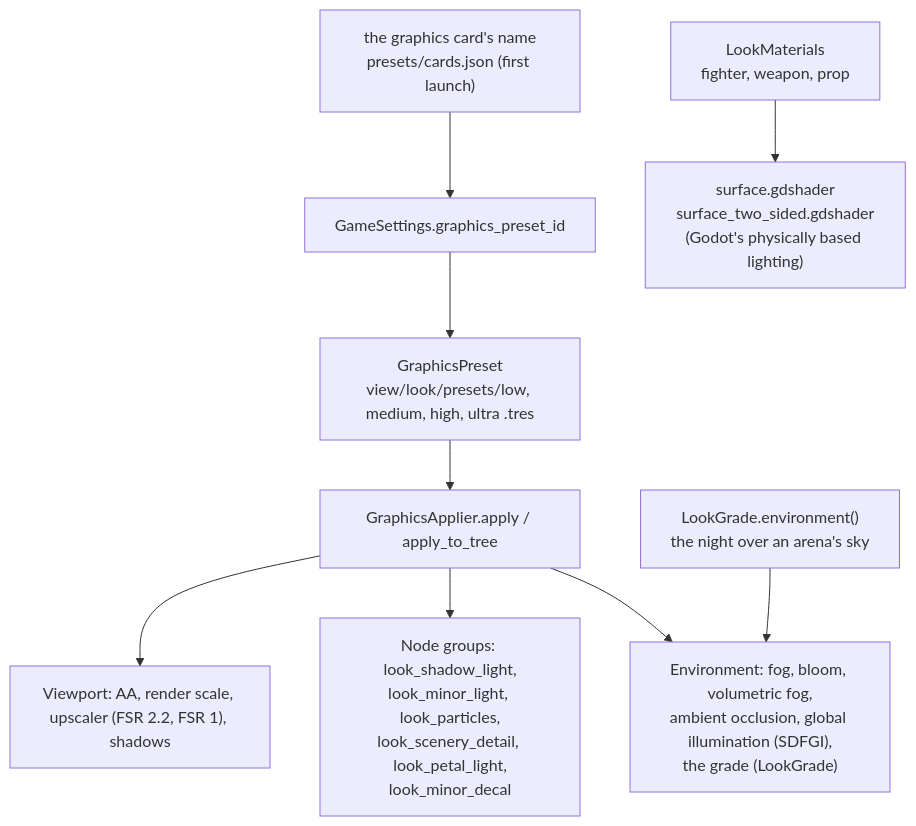
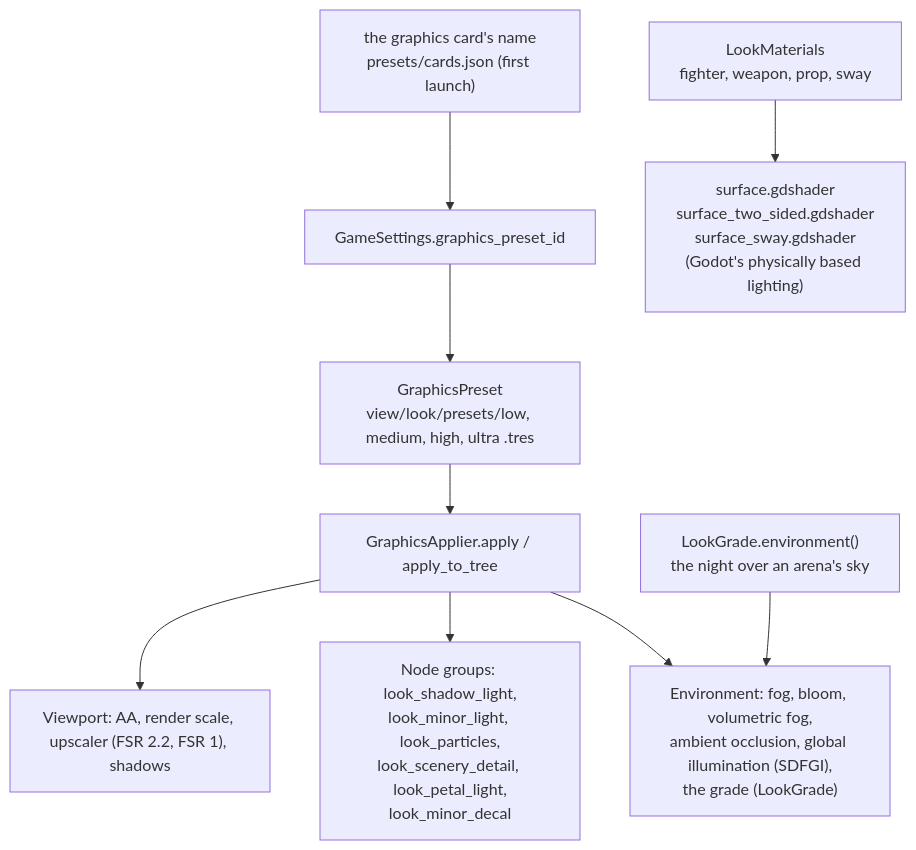
One commit to Arod231/monomachia changed diagram 15 of 22 in docs/architecture.md. Above: the diagram before and after it, drawn with Mermaid. The commit also changed other lines of this file and 23 other files, not shown here.

````diff
--- a/docs/architecture.md
+++ b/docs/architecture.md
@@ -790,12 +790,12 @@
 ```mermaid
 flowchart TD
     CARD["the graphics card's name<br/>presets/cards.json (first launch)"] --> GSET
     GSET["GameSettings.graphics_preset_id"] --> PRESET["GraphicsPreset<br/>view/look/presets/low, medium, high, ultra .tres"]
     PRESET --> APP["GraphicsApplier.apply / apply_to_tree"]
     APP --> VP["Viewport: AA, render scale, upscaler (FSR 2.2, FSR 1), shadows"]
     APP --> GROUPS["Node groups: look_shadow_light,<br/>look_minor_light, look_particles,<br/>look_scenery_detail, look_petal_light,<br/>look_minor_decal"]
     APP --> ENV["Environment: fog, bloom, volumetric fog,<br/>ambient occlusion, global illumination (SDFGI),<br/>the grade (LookGrade)"]
 
-    LM["LookMaterials<br/>fighter, weapon, prop"] --> SURF["surface.gdshader<br/>surface_two_sided.gdshader<br/>(Godot's physically based lighting)"]
+    LM["LookMaterials<br/>fighter, weapon, prop, sway"] --> SURF["surface.gdshader<br/>surface_two_sided.gdshader<br/>surface_sway.gdshader<br/>(Godot's physically based lighting)"]
     LG["LookGrade.environment()<br/>the night over an arena's sky"] --> ENV
 ```
````
